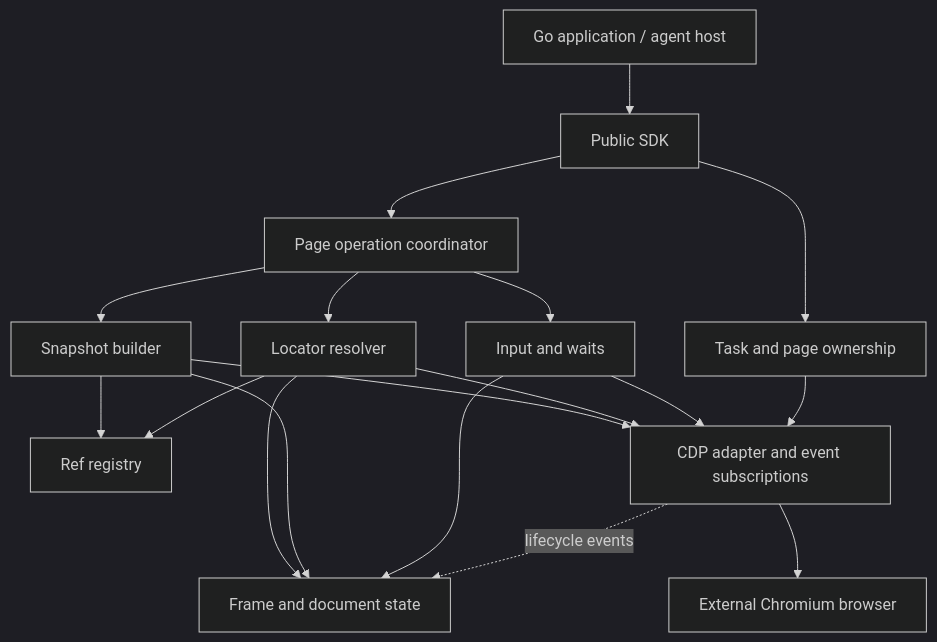
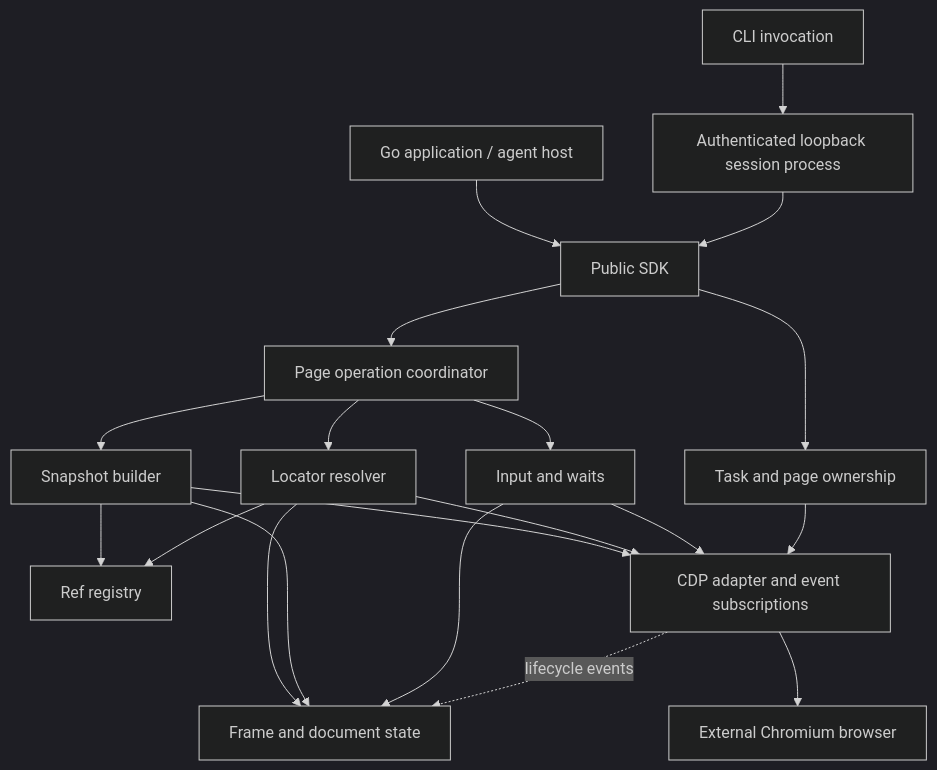
Before and after one commit to snowmerak/cdp-q-driver: the diagram in docs/blueprint.md, drawn with Mermaid (dark theme). The commit also changed other lines of this file and 18 other files, not shown here.

````diff
--- a/docs/blueprint.md
+++ b/docs/blueprint.md
@@ -93,20 +95,22 @@
 ```mermaid
 flowchart TB
     Caller[Go application / agent host] --> API[Public SDK]
+    CLI[CLI invocation] --> Local[Authenticated loopback session process]
+    Local --> API
     API --> Coordinator[Page operation coordinator]
     API --> Tasks[Task and page ownership]
     Coordinator --> Observe[Snapshot builder]
     Coordinator --> Resolve[Locator resolver]
     Coordinator --> Action[Input and waits]
     Observe --> Refs[Ref registry]
     Resolve --> Refs
     Resolve --> Frames[Frame and document state]
     Observe --> Frames
     Action --> Frames
     Observe --> CDP[CDP adapter and event subscriptions]
     Resolve --> CDP
     Action --> CDP
     Tasks --> CDP
     CDP --> Browser[External Chromium browser]
     CDP -. lifecycle events .-> Frames
 ```
````
